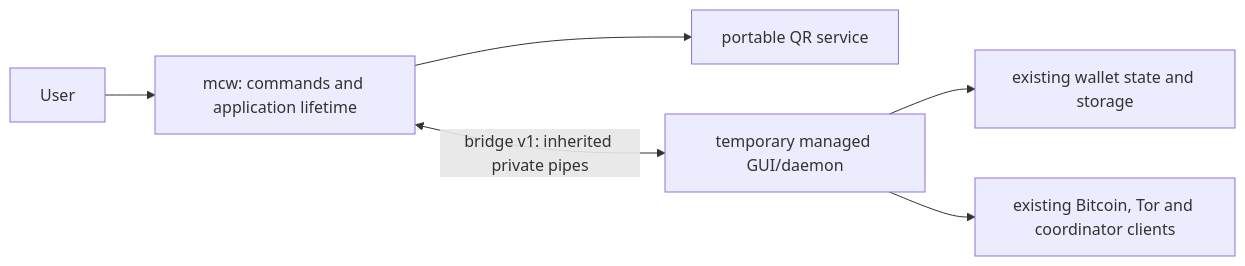
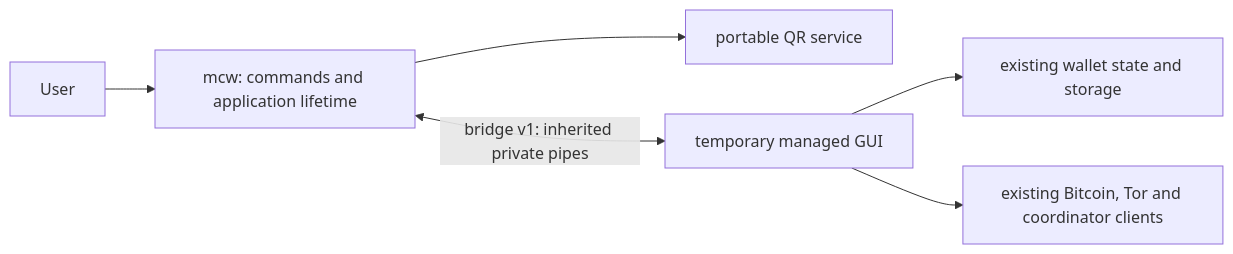
The diagram in MagicalCryptoWallet.Documentation/McwArchitecture.md (nopara73/MagicalCryptoWallet), drawn with Mermaid before and after one commit. The commit also changed other lines of this file and 152 other files, not shown here.

````diff
--- a/MagicalCryptoWallet.Documentation/McwArchitecture.md
+++ b/MagicalCryptoWallet.Documentation/McwArchitecture.md
@@ -5,8 +5,8 @@
 ```mermaid
 flowchart LR
     User --> Host["mcw: commands and application lifetime"]
     Host --> QR["portable QR service"]
-    Host <-->|"bridge v1: inherited private pipes"| Managed["temporary managed GUI/daemon"]
+    Host <-->|"bridge v1: inherited private pipes"| Managed["temporary managed GUI"]
     Managed --> State["existing wallet state and storage"]
     Managed --> Network["existing Bitcoin, Tor and coordinator clients"]
 ```
````
